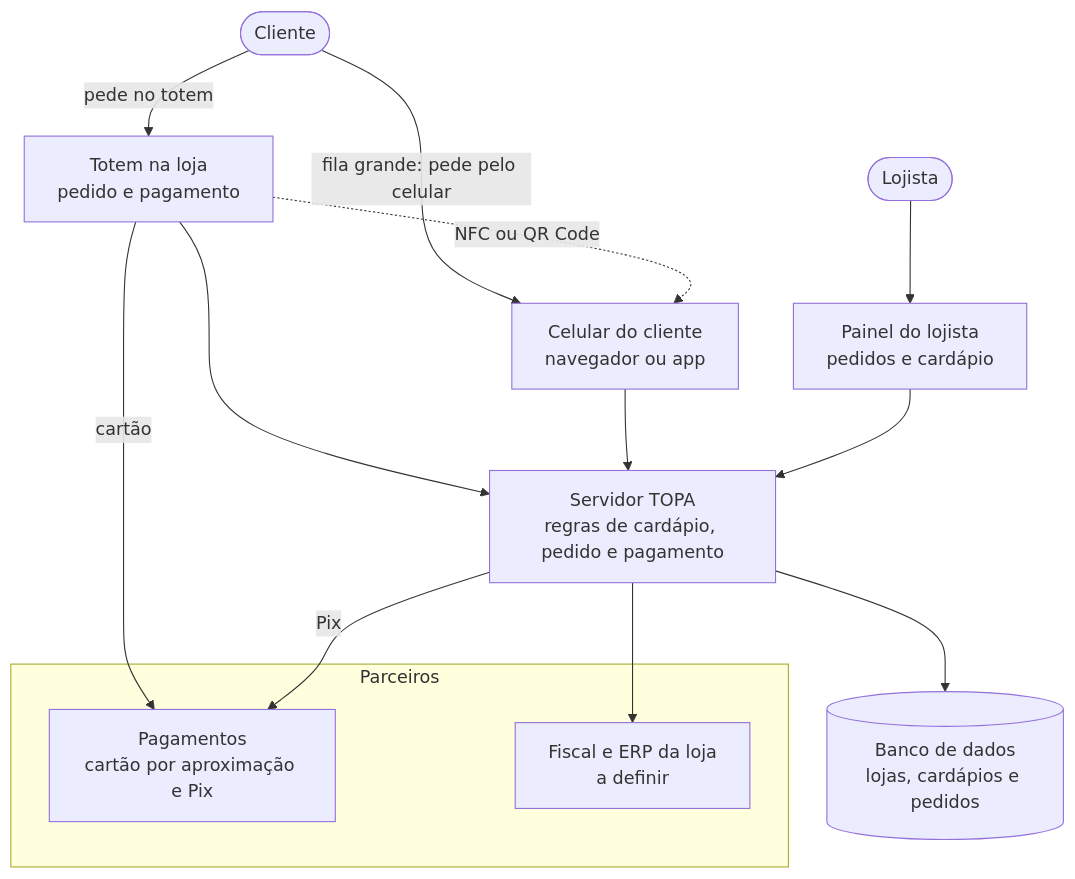
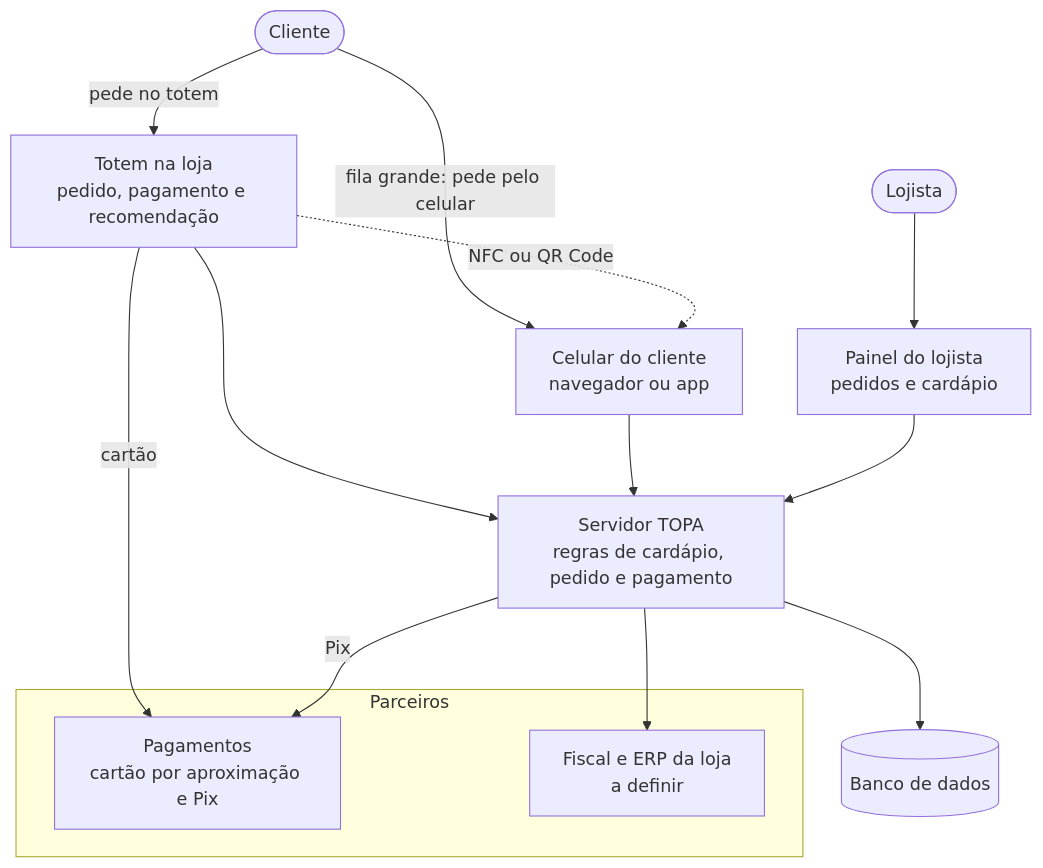
The diagram in README.md (kaualimadesouza/EI), drawn with Mermaid before and after one commit. The commit also changed 1 other file, not shown here.

Commit message:
docs: address review findings on the architecture diagram
Show recommendation on the totem (one of the three differentiators), keep the database label on one line so GitHub draws the cylinder cleanly, and fix the card-workflow skill's claim that merges deploy to DEV.

````diff
--- a/README.md
+++ b/README.md
@@ -66,31 +66,31 @@
 ```mermaid
 flowchart TB
     cliente(["Cliente"])
     lojista(["Lojista"])
 
-    totem["Totem na loja<br/>pedido e pagamento"]
+    totem["Totem na loja<br/>pedido, pagamento e recomendação"]
     celular["Celular do cliente<br/>navegador ou app"]
     painel["Painel do lojista<br/>pedidos e cardápio"]
 
     servidor["Servidor TOPA<br/>regras de cardápio, pedido e pagamento"]
-    banco[("Banco de dados<br/>lojas, cardápios e pedidos")]
+    banco[("Banco de dados")]
 
     subgraph parceiros["Parceiros"]
         pagamentos["Pagamentos<br/>cartão por aproximação e Pix"]
         fiscal["Fiscal e ERP da loja<br/>a definir"]
     end
 
     cliente -- "pede no totem" --> totem
     cliente -- "fila grande: pede pelo celular" --> celular
     totem -. "NFC ou QR Code" .-> celular
     lojista --> painel
 
     totem --> servidor
     celular --> servidor
     painel --> servidor
     servidor --> banco
 
     totem -- "cartão" --> pagamentos
     servidor -- "Pix" --> pagamentos
     servidor --> fiscal
 ```
````
